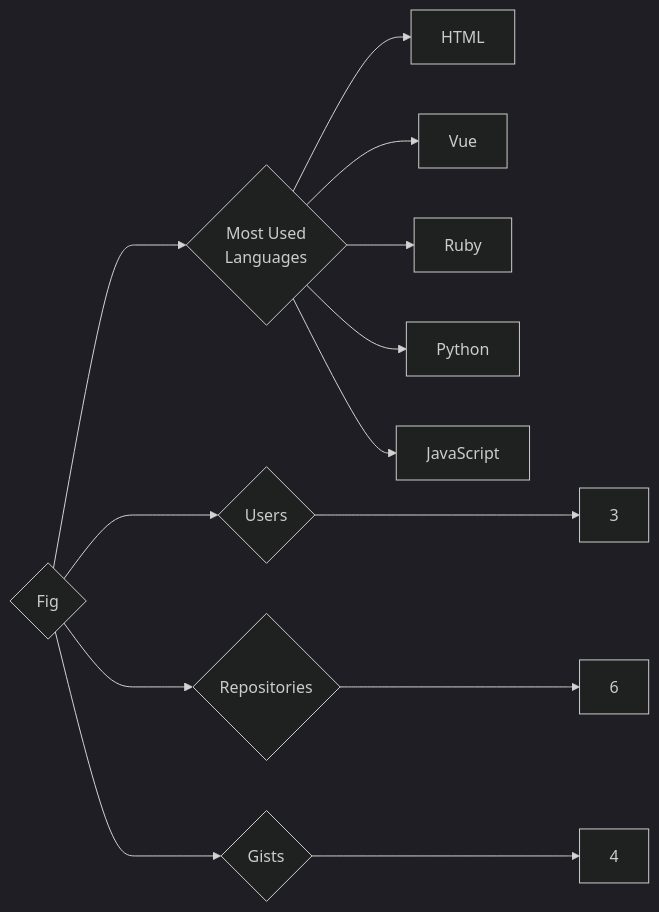
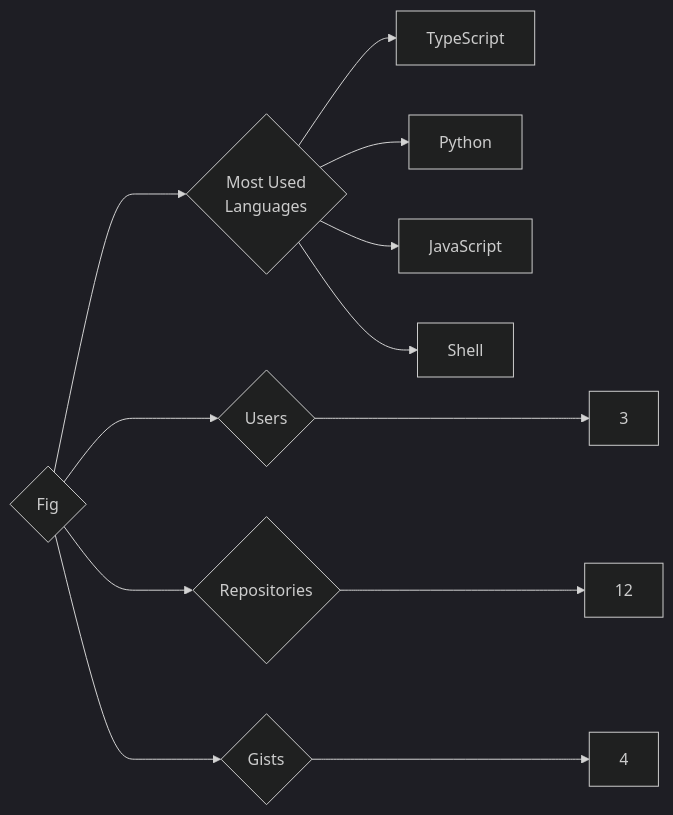
Before and after one commit to trickest/insiders: the diagram in targets/Fig/README.md, drawn with Mermaid (dark theme). The commit also changed 1092 other files, not shown here.

````diff
--- a/targets/Fig/README.md
+++ b/targets/Fig/README.md
@@ -3,13 +3,12 @@
 ```mermaid
 graph LR
 COMPANY_NAME{Fig}
 COMPANY_NAME ---> U{Users} ---> UN[3]
-COMPANY_NAME ---> R{Repositories} ---> RN[6]
+COMPANY_NAME ---> R{Repositories} ---> RN[12]
 COMPANY_NAME ---> G{Gists} ---> GN[4]
 COMPANY_NAME ---> ML{Most Used<br>Languages}
-ML --> HTML[HTML]
-ML --> Vue[Vue]
-ML --> Ruby[Ruby]
+ML --> TypeScript[TypeScript]
 ML --> Python[Python]
 ML --> JavaScript[JavaScript]
+ML --> Shell[Shell]
 ```
````
